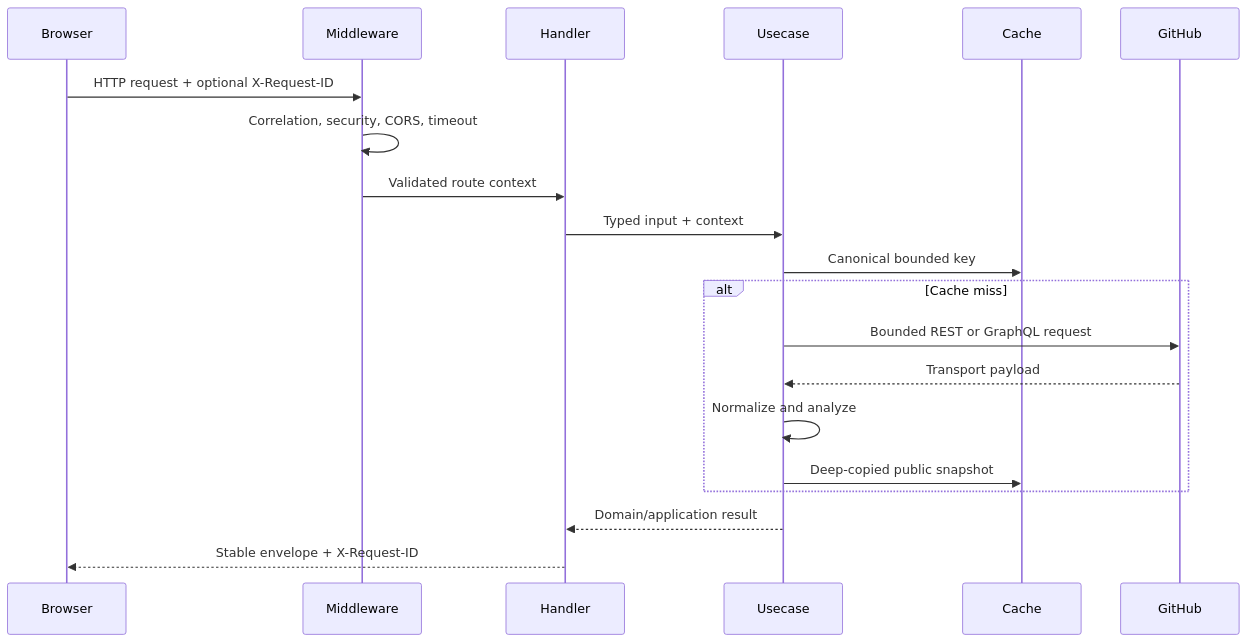
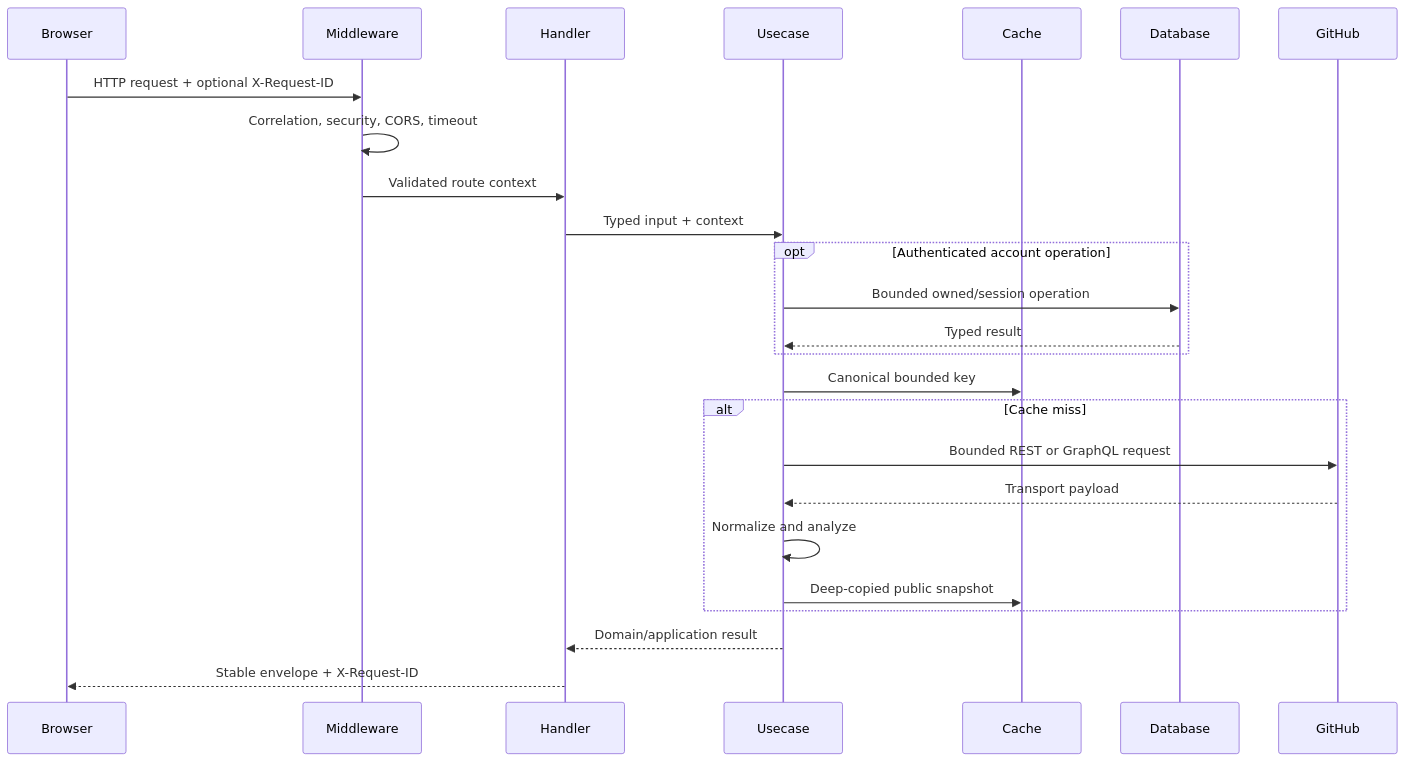
Before and after one commit to tensho1026/github-issue-search: the diagram in docs/api.md, drawn with Mermaid. The commit also changed other lines of this file and 51 other files, not shown here.

````diff
--- a/docs/api.md
+++ b/docs/api.md
@@ -9,23 +9,28 @@
 ```mermaid
 sequenceDiagram
     participant Browser
     participant Middleware
     participant Handler
     participant Usecase
     participant Cache
+    participant Database
     participant GitHub
 
     Browser->>Middleware: HTTP request + optional X-Request-ID
     Middleware->>Middleware: Correlation, security, CORS, timeout
     Middleware->>Handler: Validated route context
     Handler->>Usecase: Typed input + context
+    opt Authenticated account operation
+        Usecase->>Database: Bounded owned/session operation
+        Database-->>Usecase: Typed result
+    end
     Usecase->>Cache: Canonical bounded key
     alt Cache miss
         Usecase->>GitHub: Bounded REST or GraphQL request
         GitHub-->>Usecase: Transport payload
         Usecase->>Usecase: Normalize and analyze
         Usecase->>Cache: Deep-copied public snapshot
     end
     Usecase-->>Handler: Domain/application result
     Handler-->>Browser: Stable envelope + X-Request-ID
 ```
````
